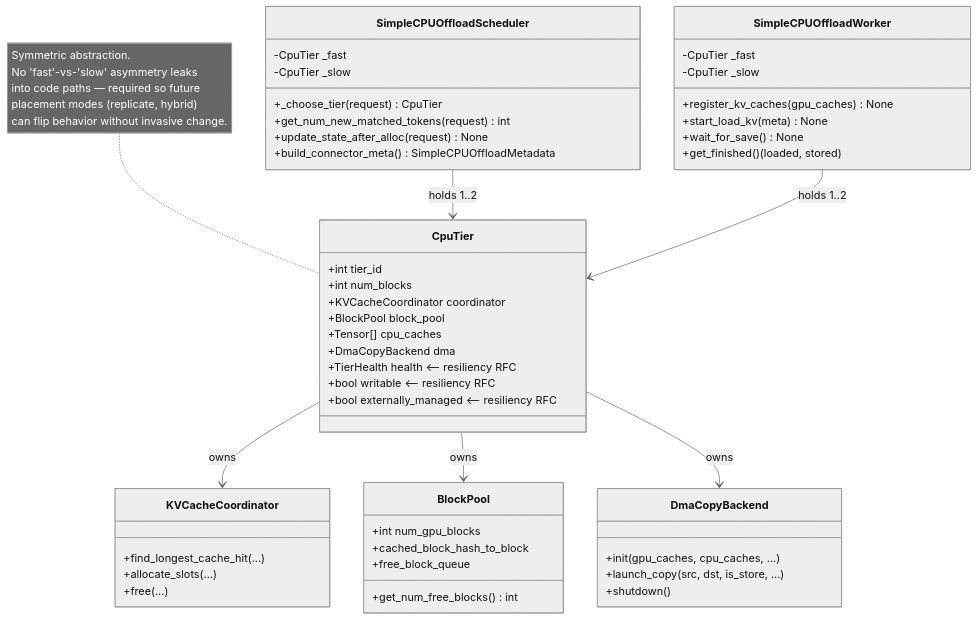
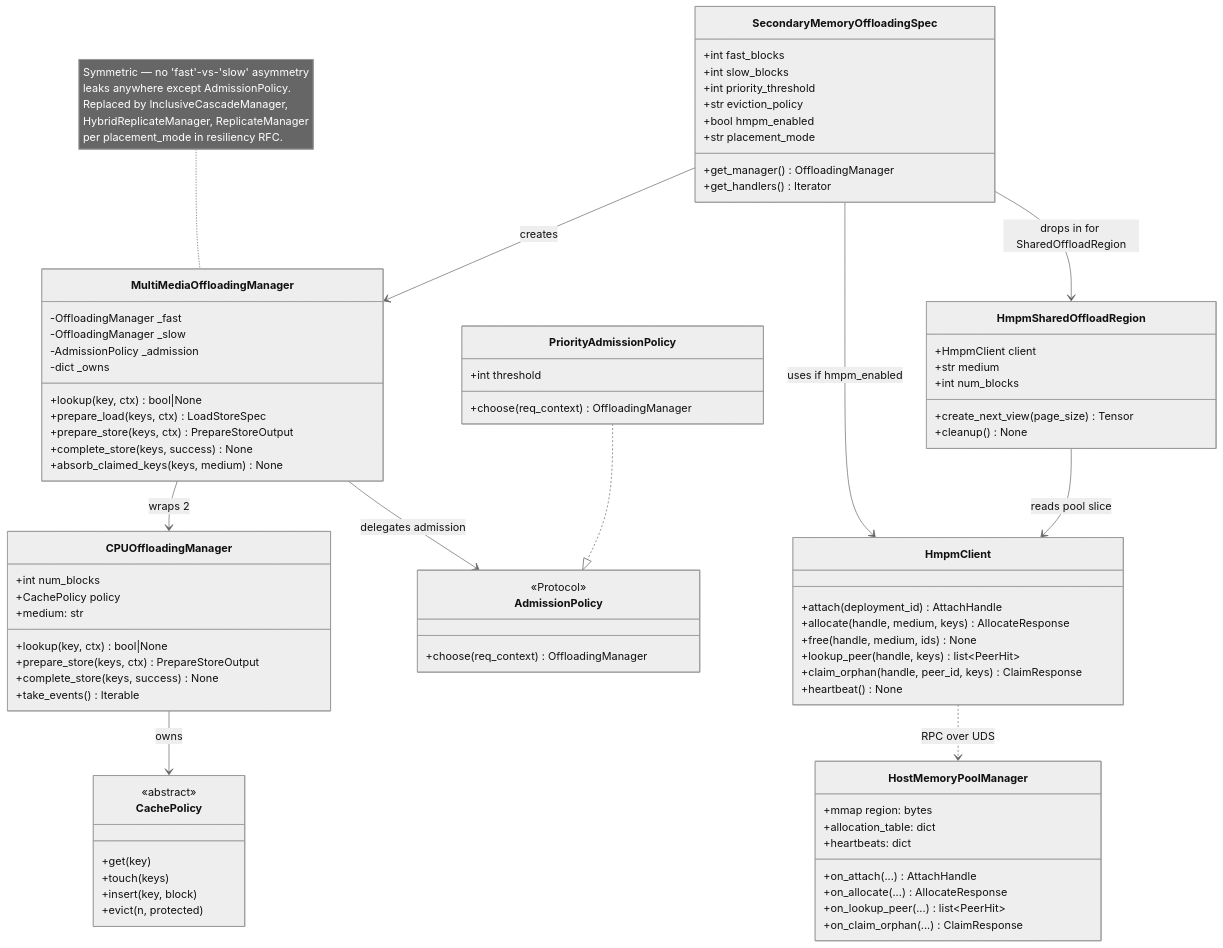
One commit to wangchen615/vllm changed the diagram in docs/design/rfcs/imgs/mmd/cputier-class.mmd. Above: the diagram before and after it, drawn with Mermaid (neutral theme). The commit also changed 9 other files, not shown here.

First line of the commit message:
docs(rfc): update Mermaid diagrams for OffloadingConnector architecture

```diff
--- a/docs/design/rfcs/imgs/mmd/cputier-class.mmd
+++ b/docs/design/rfcs/imgs/mmd/cputier-class.mmd
@@ -1,59 +1,95 @@
-%% Class diagram: the CpuTier abstraction and how it relates to existing
-%% vLLM types (KVCacheCoordinator, BlockPool, DmaCopyBackend).
+%% Class diagram: MultiMediaOffloadingManager + AdmissionPolicy +
+%% SecondaryMemoryOffloadingSpec on top of OffloadingConnector primitives;
+%% HostMemoryPoolManager + HmpmClient sit underneath as the shared substrate.
+%% Filename kept for diff continuity; contents reflect the OffloadingConnector-based design.
+%% See docs/design/rfcs/exclusive-tiered-caching.md
 classDiagram
-    class CpuTier {
-        +int tier_id
-        +int num_blocks
-        +KVCacheCoordinator coordinator
-        +BlockPool block_pool
-        +Tensor[] cpu_caches
-        +DmaCopyBackend dma
-        +TierHealth health  ⟵ resiliency RFC
-        +bool writable      ⟵ resiliency RFC
-        +bool externally_managed  ⟵ resiliency RFC
+    class SecondaryMemoryOffloadingSpec {
+        +int fast_blocks
+        +int slow_blocks
+        +int priority_threshold
+        +str eviction_policy
+        +bool hmpm_enabled
+        +str placement_mode
+        +get_manager() OffloadingManager
+        +get_handlers() Iterator
     }
 
-    class SimpleCPUOffloadScheduler {
-        -CpuTier _fast
-        -CpuTier _slow
-        +_choose_tier(request) CpuTier
-        +get_num_new_matched_tokens(request) int
-        +update_state_after_alloc(request) None
-        +build_connector_meta() SimpleCPUOffloadMetadata
+    class MultiMediaOffloadingManager {
+        -OffloadingManager _fast
+        -OffloadingManager _slow
+        -AdmissionPolicy _admission
+        -dict _owns
+        +lookup(key, ctx) bool|None
+        +prepare_load(keys, ctx) LoadStoreSpec
+        +prepare_store(keys, ctx) PrepareStoreOutput
+        +complete_store(keys, success) None
+        +absorb_claimed_keys(keys, medium) None
     }
 
-    class SimpleCPUOffloadWorker {
-        -CpuTier _fast
-        -CpuTier _slow
-        +register_kv_caches(gpu_caches) None
-        +start_load_kv(meta) None
-        +wait_for_save() None
-        +get_finished() (loaded, stored)
+    class AdmissionPolicy {
+        <<Protocol>>
+        +choose(req_context) OffloadingManager
     }
 
-    class KVCacheCoordinator {
-        +find_longest_cache_hit(...)
-        +allocate_slots(...)
-        +free(...)
+    class PriorityAdmissionPolicy {
+        +int threshold
+        +choose(req_context) OffloadingManager
     }
 
-    class BlockPool {
-        +int num_gpu_blocks
-        +cached_block_hash_to_block
-        +free_block_queue
-        +get_num_free_blocks() int
+    class CPUOffloadingManager {
+        +int num_blocks
+        +CachePolicy policy
+        +medium: str
+        +lookup(key, ctx) bool|None
+        +prepare_store(keys, ctx) PrepareStoreOutput
+        +complete_store(keys, success) None
+        +take_events() Iterable
     }
 
-    class DmaCopyBackend {
-        +init(gpu_caches, cpu_caches, ...)
-        +launch_copy(src, dst, is_store, ...)
-        +shutdown()
+    class CachePolicy {
+        <<abstract>>
+        +get(key)
+        +touch(keys)
+        +insert(key, block)
+        +evict(n, protected)
     }
 
-    SimpleCPUOffloadScheduler --> CpuTier : holds 1..2
-    SimpleCPUOffloadWorker --> CpuTier : holds 1..2
-    CpuTier --> KVCacheCoordinator : owns
-    CpuTier --> BlockPool : owns
-    CpuTier --> DmaCopyBackend : owns
+    class HmpmClient {
+        +attach(deployment_id) AttachHandle
+        +allocate(handle, medium, keys) AllocateResponse
+        +free(handle, medium, ids) None
+        +lookup_peer(handle, keys) list~PeerHit~
+        +claim_orphan(handle, peer_id, keys) ClaimResponse
+        +heartbeat() None
+    }
 
-    note for CpuTier "Symmetric abstraction.<br/>No 'fast'-vs-'slow' asymmetry leaks<br/>into code paths — required so future<br/>placement modes (replicate, hybrid)<br/>can flip behavior without invasive change."
+    class HostMemoryPoolManager {
+        +mmap region: bytes
+        +allocation_table: dict
+        +heartbeats: dict
+        +on_attach(...) AttachHandle
+        +on_allocate(...) AllocateResponse
+        +on_lookup_peer(...) list~PeerHit~
+        +on_claim_orphan(...) ClaimResponse
+    }
+
+    class HmpmSharedOffloadRegion {
+        +HmpmClient client
+        +str medium
+        +int num_blocks
+        +create_next_view(page_size) Tensor
+        +cleanup() None
+    }
+
+    SecondaryMemoryOffloadingSpec --> MultiMediaOffloadingManager : creates
+    MultiMediaOffloadingManager --> CPUOffloadingManager : wraps 2
+    MultiMediaOffloadingManager --> AdmissionPolicy : delegates admission
+    PriorityAdmissionPolicy ..|> AdmissionPolicy
+    CPUOffloadingManager --> CachePolicy : owns
+    SecondaryMemoryOffloadingSpec --> HmpmClient : uses if hmpm_enabled
+    HmpmClient ..> HostMemoryPoolManager : RPC over UDS
+    SecondaryMemoryOffloadingSpec --> HmpmSharedOffloadRegion : drops in for SharedOffloadRegion
+    HmpmSharedOffloadRegion --> HmpmClient : reads pool slice
+
+    note for MultiMediaOffloadingManager "Symmetric — no 'fast'-vs-'slow' asymmetry<br/>leaks anywhere except AdmissionPolicy.<br/>Replaced by InclusiveCascadeManager,<br/>HybridReplicateManager, ReplicateManager<br/>per placement_mode in resiliency RFC."
```
